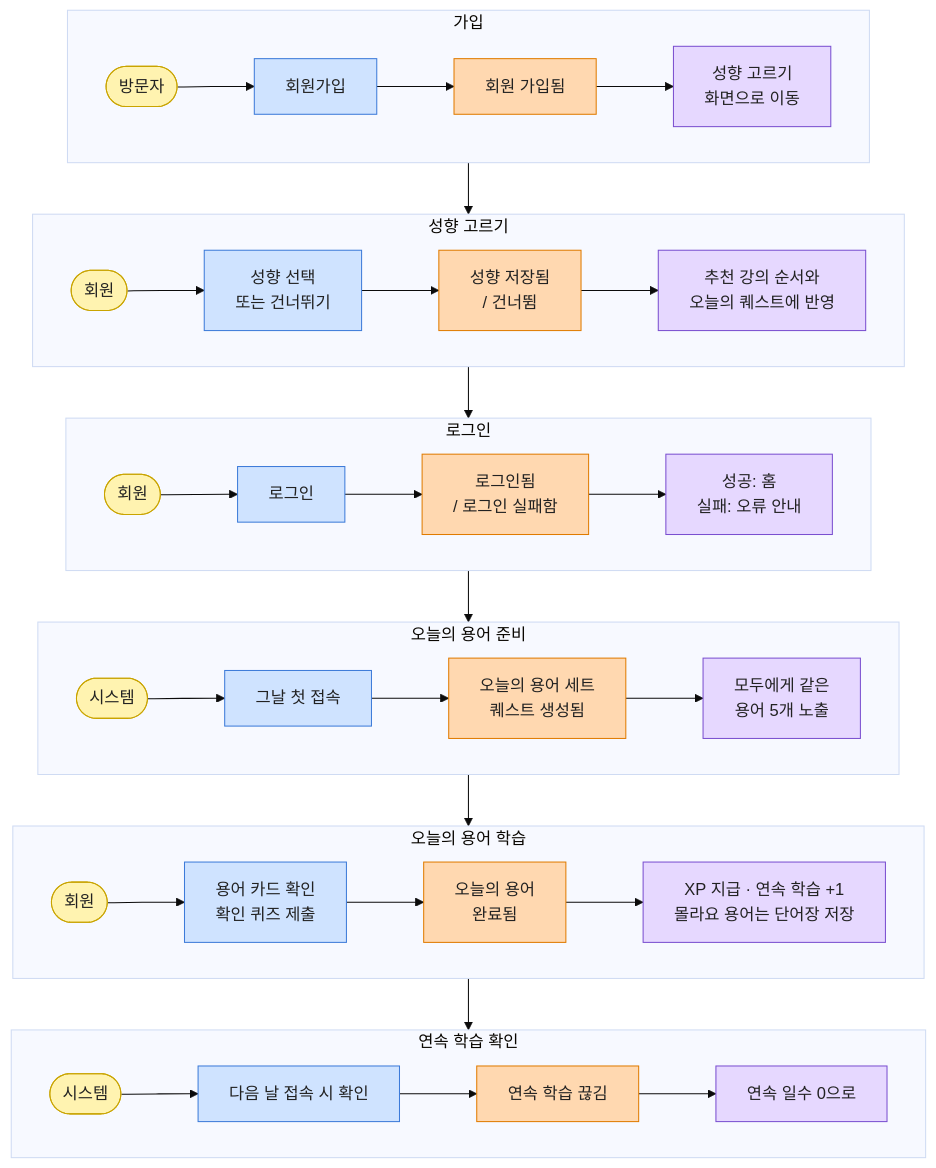
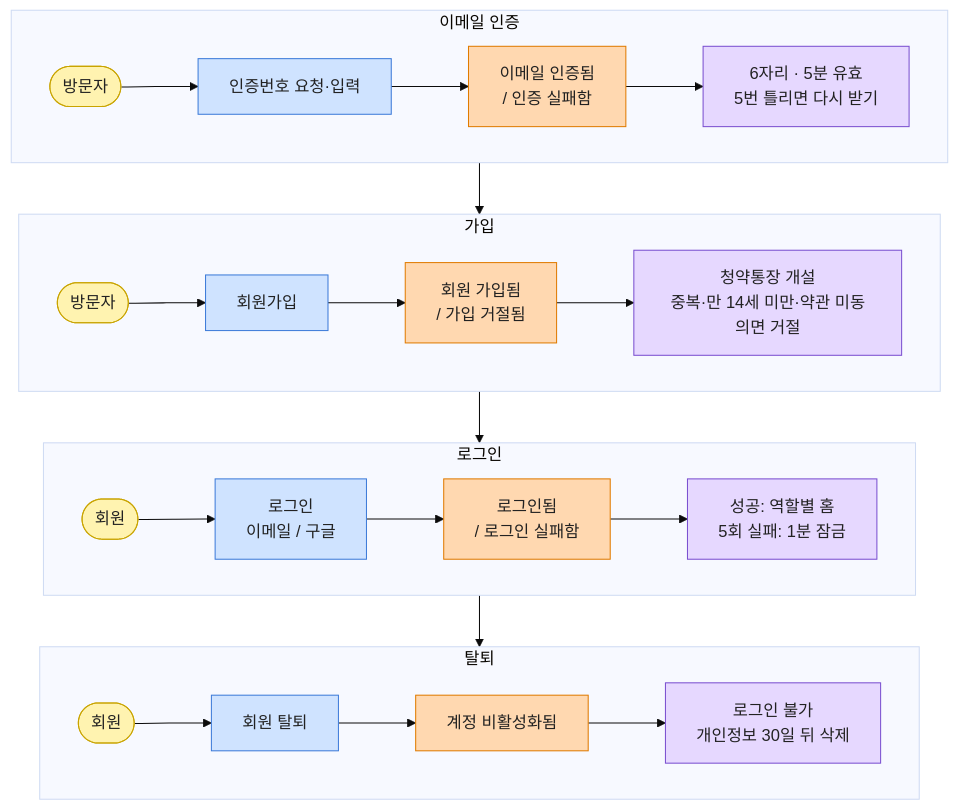
One commit to bukkeu/my-home-finish changed the second of 13 diagrams in docs/MoneyBeetle_업무분석.md. Above: the diagram before and after it, drawn with Mermaid (base theme). The commit also changed other lines of this file, not shown here.

````diff
--- a/docs/MoneyBeetle_업무분석.md
+++ b/docs/MoneyBeetle_업무분석.md
@@ -176,32 +156,24 @@
 ```mermaid
 flowchart TB
-    subgraph S1["가입"]
+    subgraph S1["이메일 인증"]
         direction LR
-        a1(["방문자"]):::act --> c1["회원가입"]:::cmd --> e1["회원 가입됨"]:::evt --> p1["성향 고르기<br/>화면으로 이동"]:::pol
+        a1(["방문자"]):::act --> c1["인증번호 요청·입력"]:::cmd --> e1["이메일 인증됨<br/>/ 인증 실패함"]:::evt --> p1["6자리 · 5분 유효<br/>5번 틀리면 다시 받기"]:::pol
     end
-    subgraph S2["성향 고르기"]
+    subgraph S2["가입"]
         direction LR
-        a2(["회원"]):::act --> c2["성향 선택<br/>또는 건너뛰기"]:::cmd --> e2["성향 저장됨<br/>/ 건너뜀"]:::evt --> p2["추천 강의 순서와<br/>오늘의 퀘스트에 반영"]:::pol
+        a2(["방문자"]):::act --> c2["회원가입"]:::cmd --> e2["회원 가입됨<br/>/ 가입 거절됨"]:::evt --> p2["청약통장 개설<br/>중복·만 14세 미만·약관 미동의면 거절"]:::pol
     end
     subgraph S3["로그인"]
         direction LR
-        a3(["회원"]):::act --> c3["로그인"]:::cmd --> e3["로그인됨<br/>/ 로그인 실패함"]:::evt --> p3["성공: 홈<br/>실패: 오류 안내"]:::pol
+        a3(["회원"]):::act --> c3["로그인<br/>이메일 / 구글"]:::cmd --> e3["로그인됨<br/>/ 로그인 실패함"]:::evt --> p3["성공: 역할별 홈<br/>5회 실패: 1분 잠금"]:::pol
     end
-    subgraph S4["오늘의 용어 준비"]
+    subgraph S4["탈퇴"]
         direction LR
-        a4(["시스템"]):::act --> c4["그날 첫 접속"]:::cmd --> e4["오늘의 용어 세트<br/>퀘스트 생성됨"]:::evt --> p4["모두에게 같은<br/>용어 5개 노출"]:::pol
+        a4(["회원"]):::act --> c4["회원 탈퇴"]:::cmd --> e4["계정 비활성화됨"]:::evt --> p4["로그인 불가<br/>개인정보 30일 뒤 삭제"]:::pol
     end
-    subgraph S5["오늘의 용어 학습"]
-        direction LR
-        a5(["회원"]):::act --> c5["용어 카드 확인<br/>확인 퀴즈 제출"]:::cmd --> e5["오늘의 용어<br/>완료됨"]:::evt --> p5["XP 지급 · 연속 학습 +1<br/>몰라요 용어는 단어장 저장"]:::pol
-    end
-    subgraph S6["연속 학습 확인"]
-        direction LR
-        a6(["시스템"]):::act --> c6["다음 날 접속 시 확인"]:::cmd --> e6["연속 학습 끊김"]:::evt --> p6["연속 일수 0으로"]:::pol
-    end
-    S1 --> S2 --> S3 --> S4 --> S5 --> S6
+    S1 --> S2 --> S3 --> S4
     classDef act fill:#FFF3B0,stroke:#C9A400,color:#222
     classDef cmd fill:#CFE3FF,stroke:#3D7BD9,color:#222
     classDef evt fill:#FFD8B0,stroke:#E07B00,color:#222
     classDef pol fill:#E6D8FF,stroke:#7A4FD0,color:#222
 ```
````
